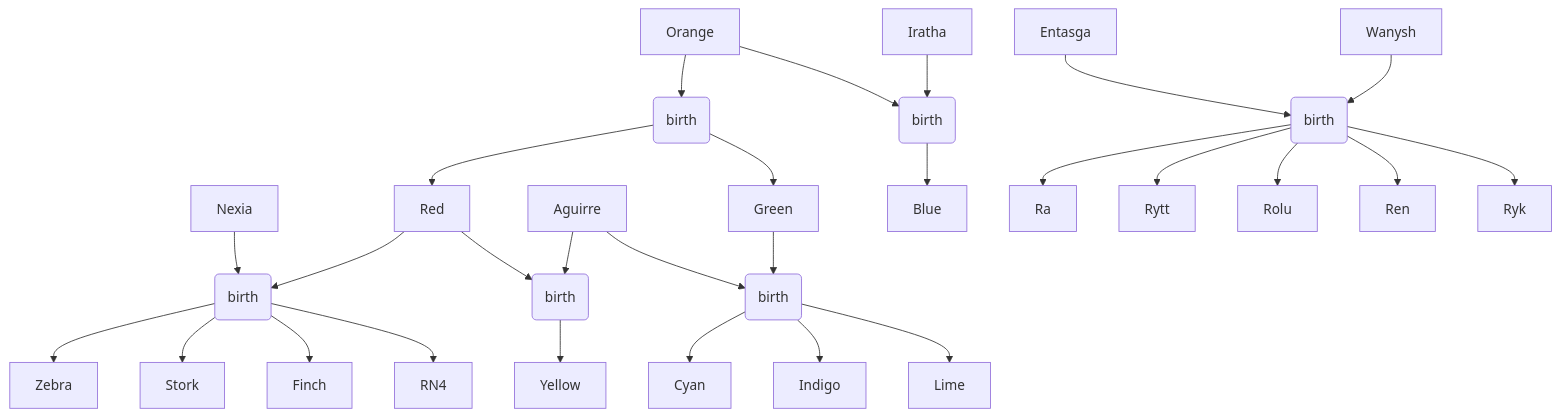
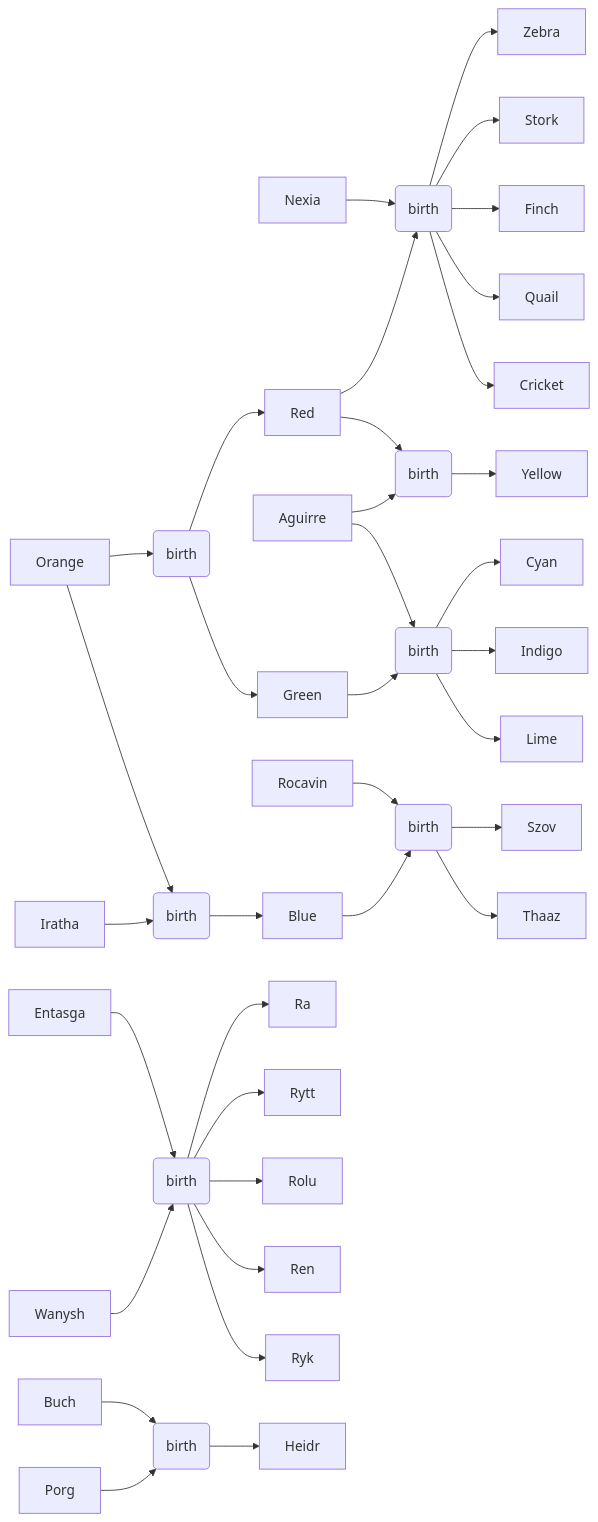
The diagram in plays/SparrowTribe2025/FamilyTrees.md (WuphonsReach/rimworld-notes), drawn with Mermaid before and after one commit. The commit also changed other lines of this file and 1 other file, not shown here.

Commit message:
5520 sparrow tribe

````diff
--- a/plays/SparrowTribe2025/FamilyTrees.md
+++ b/plays/SparrowTribe2025/FamilyTrees.md
@@ -5,35 +5,43 @@
 ```mermaid
 ---
   config:
     class:
       hideEmptyMembersBox: true
 ---
-flowchart
+flowchart LR
   Orange --> OrangeMarriage(birth)
   OrangeMarriage --> Red
   Nexia --> RedNexia(birth)
   Red --> RedNexia(birth)
   RedNexia --> Zebra
   RedNexia --> Stork
   RedNexia --> Finch
-  RedNexia --> RN4
+  RedNexia --> Quail
+  RedNexia --> Cricket
   Red --> RedAguirre(birth)
   Aguirre --> RedAguirre(birth)
   OrangeMarriage --> Green
   Orange --> OrangeIratha(birth)
   Iratha --> OrangeIratha(birth)
   OrangeIratha --> Blue
+  Rocavin --> BlueRocavin(birth)
+  Blue --> BlueRocavin(birth)
+  BlueRocavin(birth) --> Szov
+  BlueRocavin(birth) --> Thaaz
   Entasga --> EntasgaWanysh(birth)
   Wanysh --> EntasgaWanysh(birth)
   EntasgaWanysh --> Ra
   EntasgaWanysh --> Rytt
   EntasgaWanysh --> Rolu
   EntasgaWanysh --> Ren
   EntasgaWanysh --> Ryk
   RedAguirre --> Yellow
   Aguirre --> GreenAguirre(birth)
   Green --> GreenAguirre(birth) 
   GreenAguirre --> Cyan
   GreenAguirre --> Indigo
   GreenAguirre --> Lime
+  Buch --> BuchPorg(birth)
+  Porg --> BuchPorg(birth) 
+  BuchPorg(birth) --> Heidr
 ```
````
